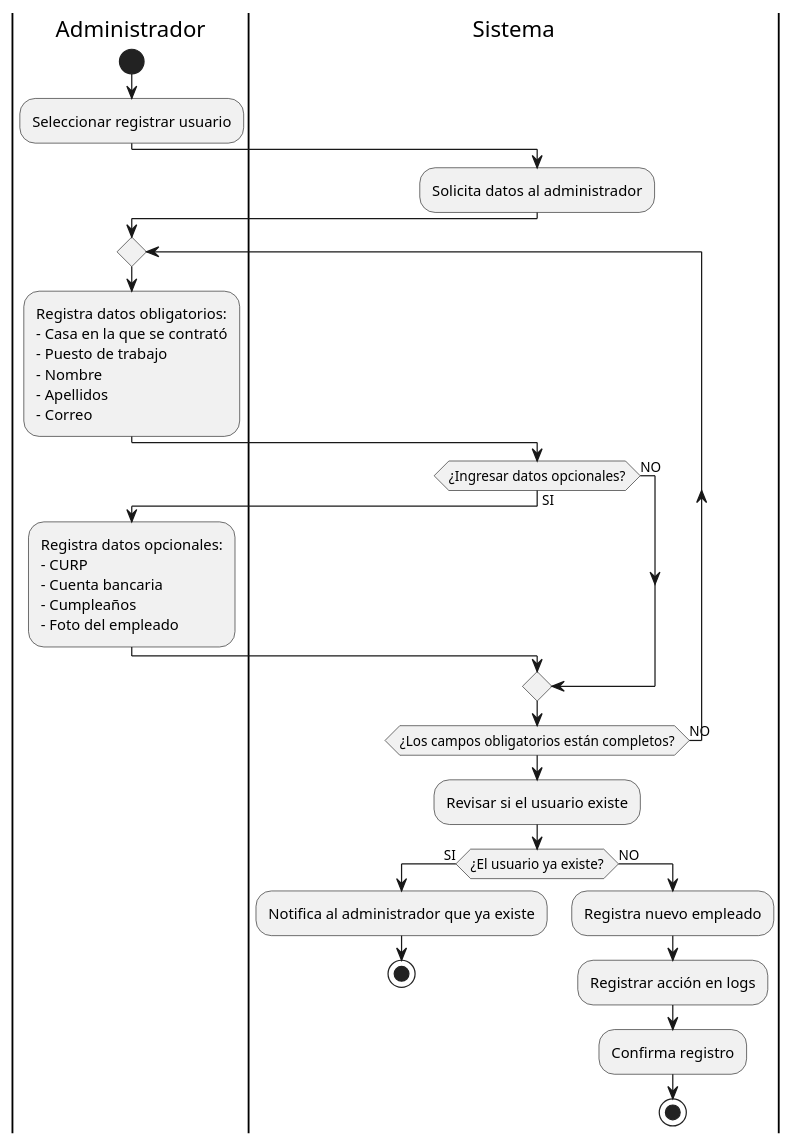
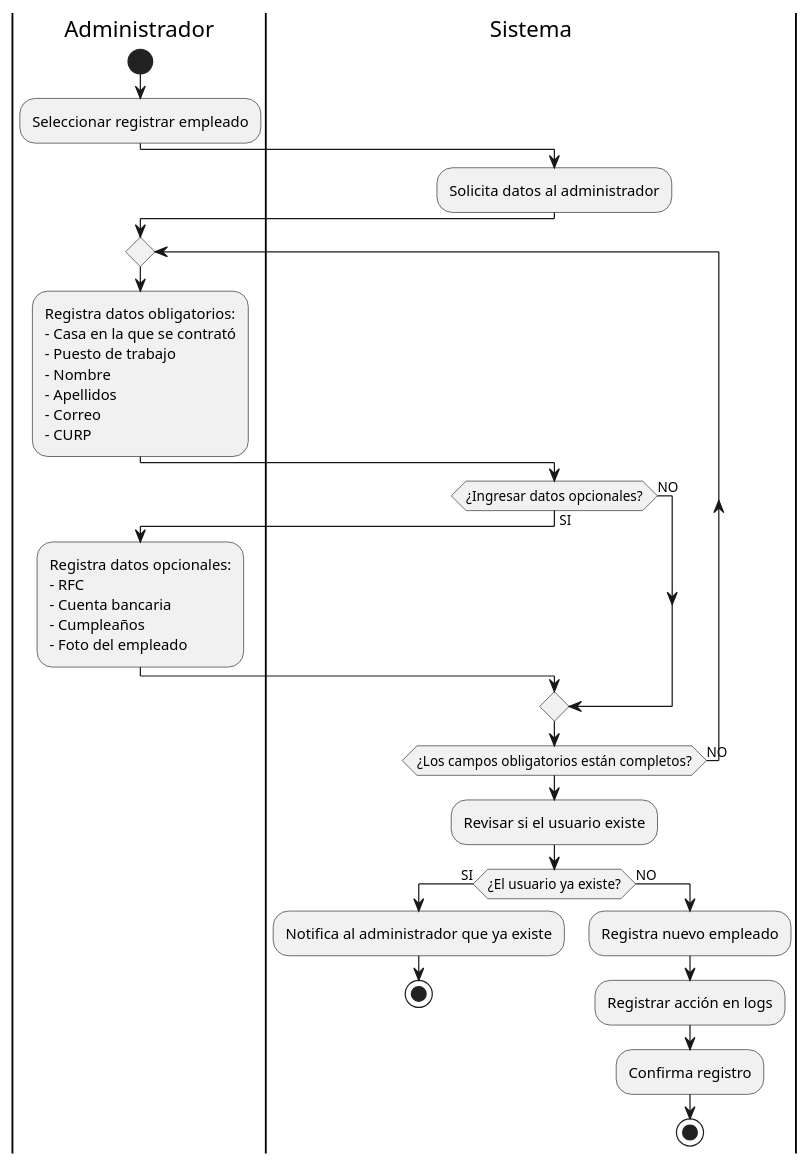
The diagram in diagrams/Activity diagram/HU01.puml (AztlanConsulting/RCHQ-Back), drawn with PlantUML before and after one commit. The commit also changed 1 other file, not shown here.

Commit message:
fix: Se corrigen los diagrama de secuencia y de actividades.

```diff
--- a/diagrams/Activity diagram/HU01.puml
+++ b/diagrams/Activity diagram/HU01.puml
@@ -1,44 +1,45 @@
 @startuml HU01 - Administrador y coordinador registra usuario
 
 |Administrador|
 start
-:Seleccionar registrar usuario;
+:Seleccionar registrar empleado;
 
 |Sistema|
 :Solicita datos al administrador;
 
 |Administrador|
 repeat
 :Registra datos obligatorios:
 - Casa en la que se contrató
 - Puesto de trabajo
 - Nombre
 - Apellidos
-- Correo;
+- Correo
+- CURP;
 
 |Sistema|
 if (¿Ingresar datos opcionales?) then (SI)
     |Administrador|
     :Registra datos opcionales:
-    - CURP
+    - RFC
     - Cuenta bancaria
     - Cumpleaños
     - Foto del empleado;
 else (NO)
 endif
 
 |Sistema|
 repeat while (¿Los campos obligatorios están completos?) is (NO)
 :Revisar si el usuario existe;
 
 if (¿El usuario ya existe?) then (SI)
     :Notifica al administrador que ya existe;
     stop
 else (NO)
     :Registra nuevo empleado;
     :Registrar acción en logs;
     :Confirma registro;
     stop
 endif
 
 @enduml
```
